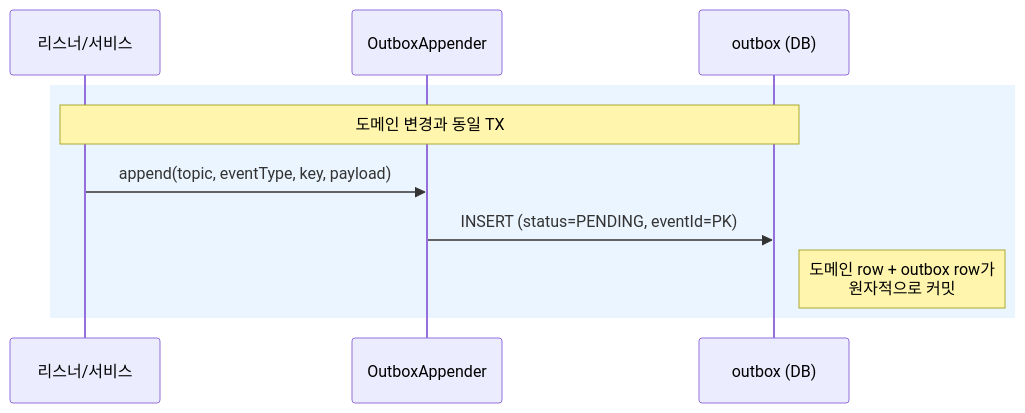
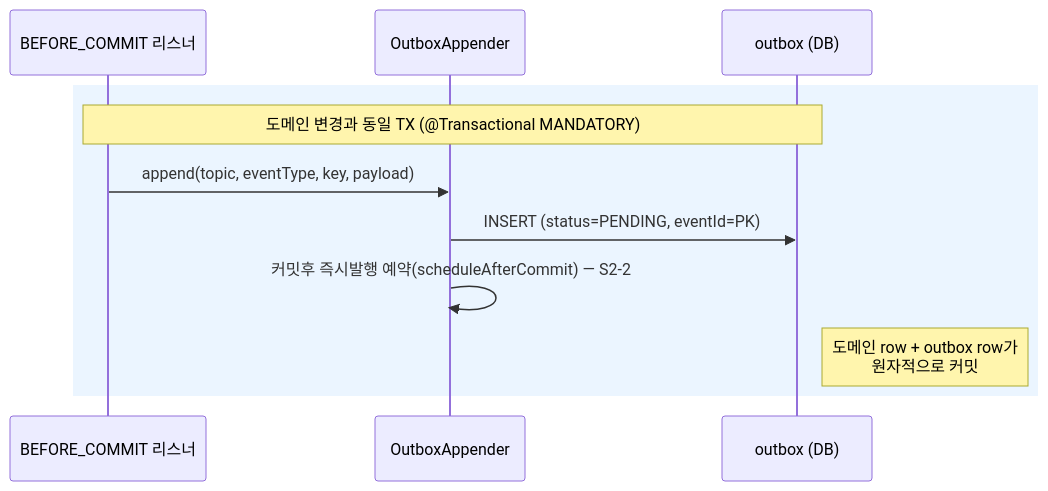
The third of 10 diagrams in docs/week7/02-sequence-diagrams.md (gamewithfriend/loop-pack-be-l2-vol4-java), drawn with Mermaid before and after one commit. The commit also changed other lines of this file and 1 other file, not shown here.

First line of the commit message:
docs(week7): 요구사항·시퀀스 다이어그램을 현재 구현에 동기화

````diff
--- a/docs/week7/02-sequence-diagrams.md
+++ b/docs/week7/02-sequence-diagrams.md
@@ -113,13 +115,14 @@
 ```mermaid
 sequenceDiagram
-    participant L as 리스너/서비스
+    participant L as BEFORE_COMMIT 리스너
     participant Appender as OutboxAppender
     participant OBox as outbox (DB)
 
     rect rgb(235,245,255)
-    note over L,OBox: 도메인 변경과 동일 TX
+    note over L,OBox: 도메인 변경과 동일 TX (@Transactional MANDATORY)
     L->>Appender: append(topic, eventType, key, payload)
     Appender->>OBox: INSERT (status=PENDING, eventId=PK)
+    Appender->>Appender: 커밋후 즉시발행 예약(scheduleAfterCommit) — S2-2
     note right of OBox: 도메인 row + outbox row가<br/>원자적으로 커밋
     end
 ```
````
